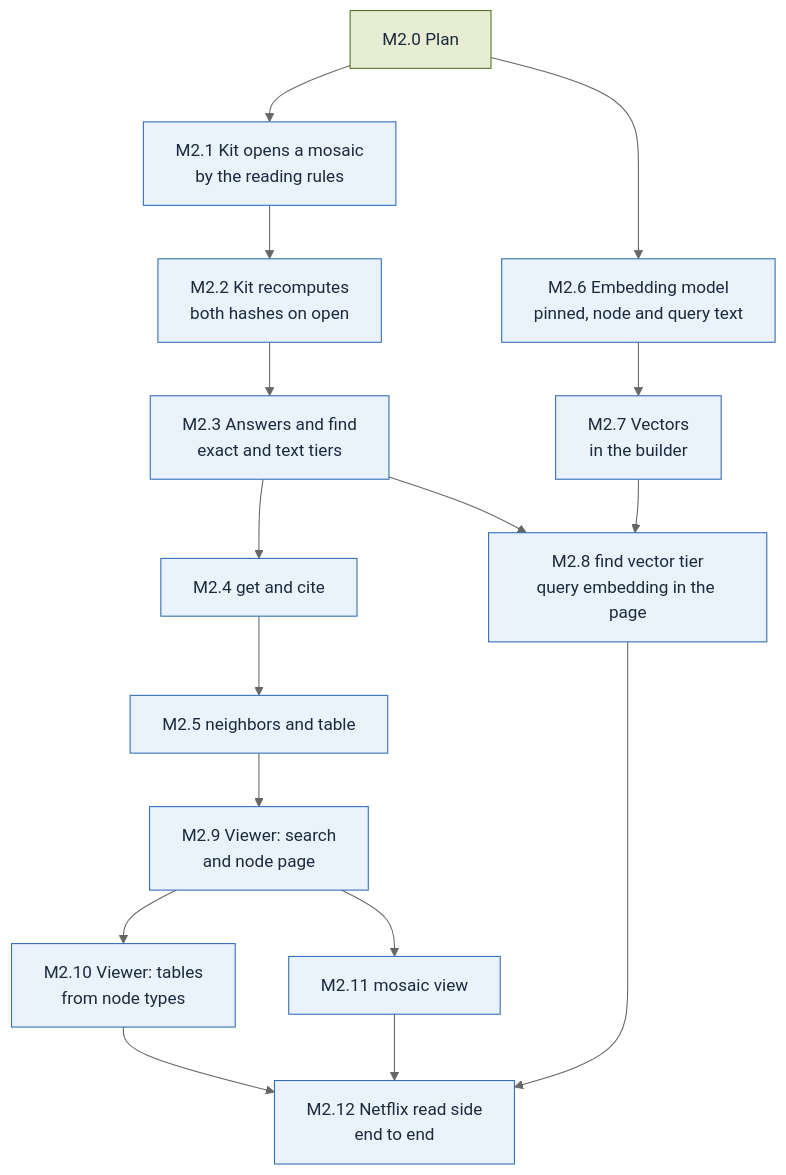
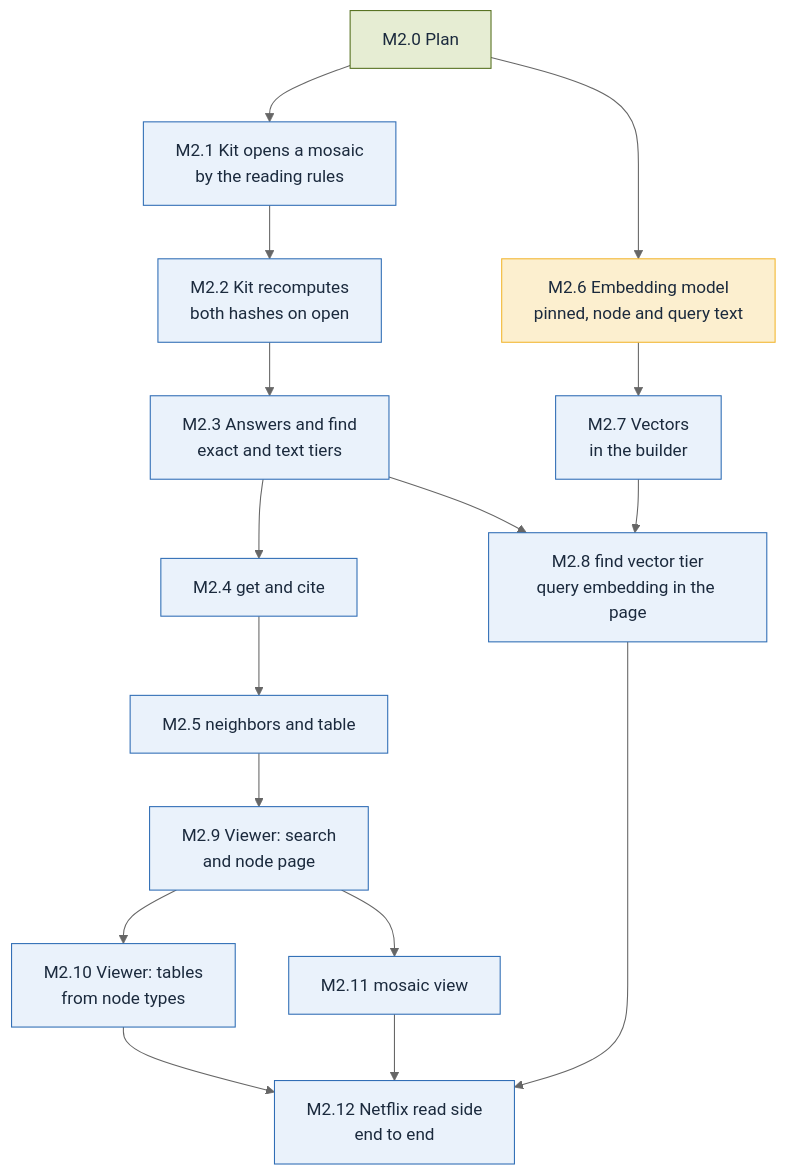
Before and after one commit to alcjor/Mosaic: the diagram in plan/M2.md, drawn with Mermaid (neutral theme).

Commit message:
M2.6: the plan shows M2.6 parked (#105)
Claude-Session: https://claude.ai/code/session_01KJNfPpjmA1VCXPdoaMapxB

````diff
--- a/plan/M2.md
+++ b/plan/M2.md
@@ -3,36 +3,37 @@
 ```mermaid
 flowchart TD
   M2_0["M2.0 Plan"]
   M2_1["M2.1 Kit opens a mosaic<br/>by the reading rules"]
   M2_2["M2.2 Kit recomputes<br/>both hashes on open"]
   M2_3["M2.3 Answers and find<br/>exact and text tiers"]
   M2_4["M2.4 get and cite"]
   M2_5["M2.5 neighbors and table"]
   M2_6["M2.6 Embedding model<br/>pinned, node and query text"]
   M2_7["M2.7 Vectors<br/>in the builder"]
   M2_8["M2.8 find vector tier<br/>query embedding in the page"]
   M2_9["M2.9 Viewer: search<br/>and node page"]
   M2_10["M2.10 Viewer: tables<br/>from node types"]
   M2_11["M2.11 mosaic view"]
   M2_12["M2.12 Netflix read side<br/>end to end"]
   M2_0 --> M2_1
   M2_1 --> M2_2
   M2_2 --> M2_3
   M2_3 --> M2_4
   M2_4 --> M2_5
   M2_0 --> M2_6
   M2_6 --> M2_7
   M2_3 --> M2_8
   M2_7 --> M2_8
   M2_5 --> M2_9
   M2_9 --> M2_10
   M2_9 --> M2_11
   M2_8 --> M2_12
   M2_10 --> M2_12
   M2_11 --> M2_12
   classDef done fill:#E6EDD3,stroke:#55701F,color:#1B2A3D
   classDef todo fill:#EAF2FB,stroke:#2F6DB5,color:#1B2A3D
   classDef parked fill:#FCEFCF,stroke:#F2B630,color:#1B2A3D
   class M2_0 done
-  class M2_1,M2_2,M2_3,M2_4,M2_5,M2_6,M2_7,M2_8,M2_9,M2_10,M2_11,M2_12 todo
+  class M2_1,M2_2,M2_3,M2_4,M2_5,M2_7,M2_8,M2_9,M2_10,M2_11,M2_12 todo
+  class M2_6 parked
 ```
````
